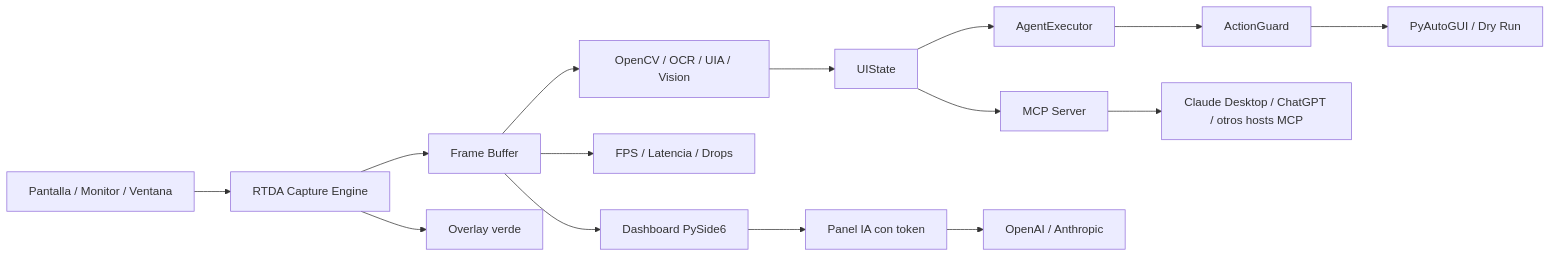
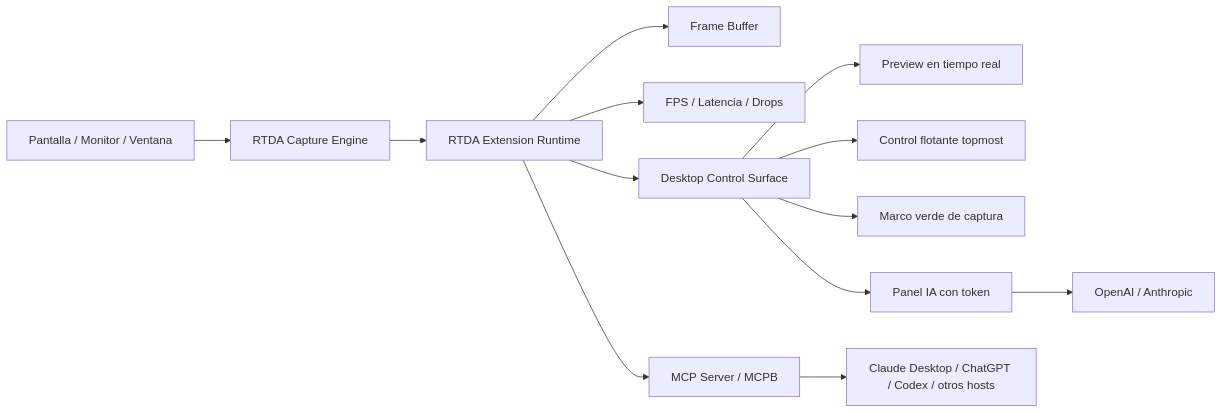
Before and after one commit to Adan0423/real-time-desktop-agent: the diagram in README.md, drawn with Mermaid. The commit also changed other lines of this file and 8 other files, not shown here.

First line of the commit message:
refactor(ui): rediseñar interfaz de usuario y control flotante en RTDA

````diff
--- a/README.md
+++ b/README.md
@@ -32,17 +35,15 @@
 ```mermaid
 flowchart LR
     Screen["Pantalla / Monitor / Ventana"] --> Capture["RTDA Capture Engine"]
-    Capture --> Buffer["Frame Buffer"]
-    Buffer --> Preview["Dashboard PySide6"]
-    Buffer --> Metrics["FPS / Latencia / Drops"]
-    Capture --> Overlay["Overlay verde"]
-    Buffer --> Perception["OpenCV / OCR / UIA / Vision"]
-    Perception --> State["UIState"]
-    State --> Agent["AgentExecutor"]
-    Agent --> Safety["ActionGuard"]
-    Safety --> Actions["PyAutoGUI / Dry Run"]
-    State --> MCP["MCP Server"]
-    MCP --> Hosts["Claude Desktop / ChatGPT / otros hosts MCP"]
-    Preview --> AIClient["Panel IA con token"]
+    Capture --> Runtime["RTDA Extension Runtime"]
+    Runtime --> Buffer["Frame Buffer"]
+    Runtime --> Metrics["FPS / Latencia / Drops"]
+    Runtime --> MCP["MCP Server / MCPB"]
+    Runtime --> Desktop["Desktop Control Surface"]
+    Desktop --> Preview["Preview en tiempo real"]
+    Desktop --> Floating["Control flotante topmost"]
+    Desktop --> Overlay["Marco verde de captura"]
+    Desktop --> AIClient["Panel IA con token"]
     AIClient --> Providers["OpenAI / Anthropic"]
+    MCP --> Hosts["Claude Desktop / ChatGPT / Codex / otros hosts"]
 ```
````
